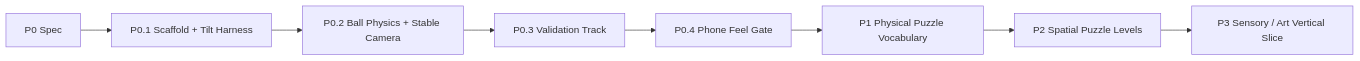
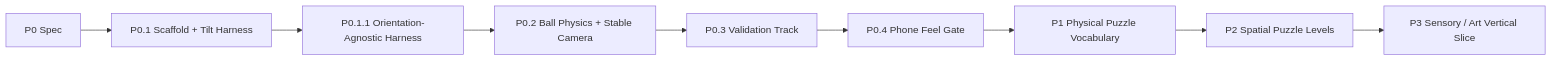
One commit to zeroLR/2D-game-playground changed the first of 2 diagrams in docs/plans/inner-rail/ROADMAP.md. Above: the diagram before and after it, drawn with Mermaid. The commit also changed other lines of this file, not shown here.

Commit message:
docs(inner-rail): add P0.1.1 orientation comparison gate

````diff
--- a/docs/plans/inner-rail/ROADMAP.md
+++ b/docs/plans/inner-rail/ROADMAP.md
@@ -9,10 +9,11 @@
 ```mermaid
 flowchart LR
     S[P0 Spec] --> P01[P0.1 Scaffold + Tilt Harness]
-    P01 --> P02[P0.2 Ball Physics + Stable Camera]
+    P01 --> P011[P0.1.1 Orientation-Agnostic Harness]
+    P011 --> P02[P0.2 Ball Physics + Stable Camera]
     P02 --> P03[P0.3 Validation Track]
     P03 --> P04[P0.4 Phone Feel Gate]
     P04 --> P1[P1 Physical Puzzle Vocabulary]
     P1 --> P2[P2 Spatial Puzzle Levels]
     P2 --> P3[P3 Sensory / Art Vertical Slice]
 ```
````
